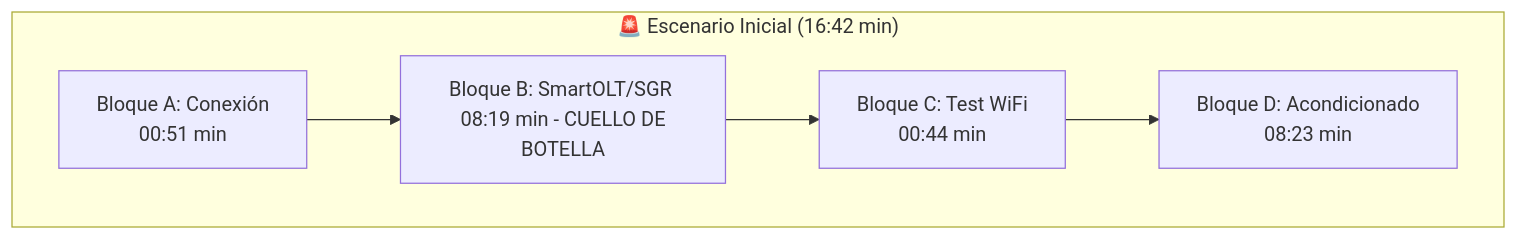
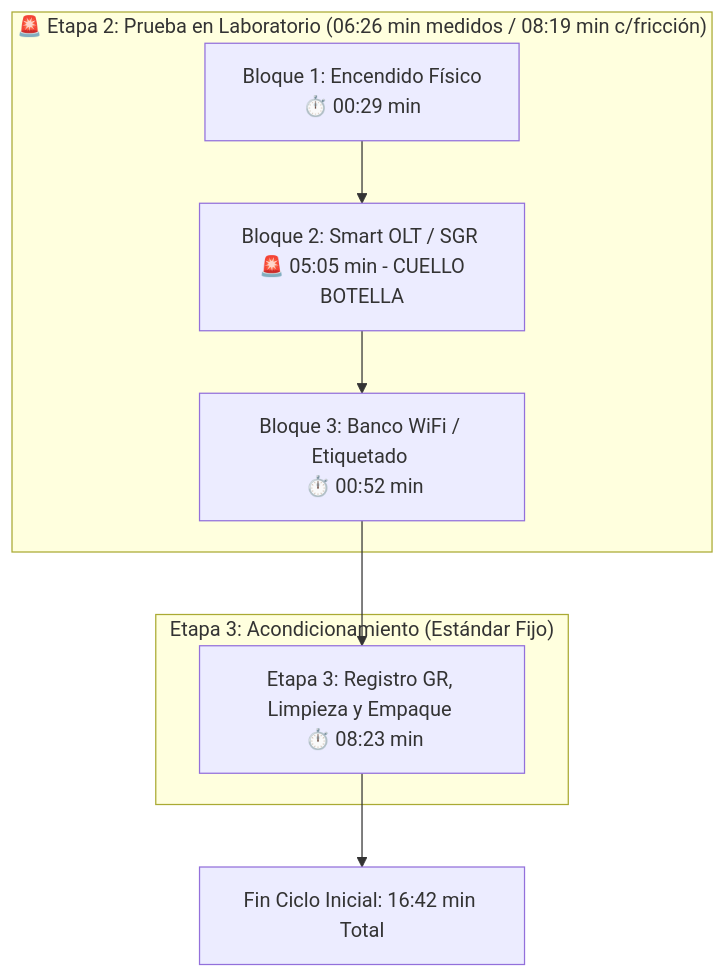
Before and after one commit to elingenierok/procedimientos-isp: the first of 2 diagrams in docs/diagnosticos/DG-EQU-001.md, drawn with Mermaid. The commit also changed other lines of this file, not shown here.

````diff
--- a/docs/diagnosticos/DG-EQU-001.md
+++ b/docs/diagnosticos/DG-EQU-001.md
@@ -44,8 +60,13 @@
 ```mermaid
 graph TD
-    subgraph ANTES ["🚨 Escenario Inicial (16:42 min)"]
-        A1[Bloque A: Conexión <br/> 00:51 min] --> A2[Bloque B: SmartOLT/SGR <br/> 08:19 min - CUELLO DE BOTELLA]
-        A2 --> A3[Bloque C: Test WiFi <br/> 00:44 min]
-        A3 --> A4[Bloque D: Acondicionado <br/> 08:23 min]
+    subgraph ETAPA_2 ["🚨 Etapa 2: Prueba en Laboratorio (06:26 min medidos / 08:19 min c/fricción)"]
+        A1[Bloque 1: Encendido Físico <br/> ⏱️ 00:29 min] --> A2[Bloque 2: Smart OLT / SGR <br/> 🚨 05:05 min - CUELLO BOTELLA]
+        A2 --> A3[Bloque 3: Banco WiFi / Etiquetado <br/> ⏱️ 00:52 min]
     end
+
+    subgraph ETAPA_3 ["Etapa 3: Acondicionamiento (Estándar Fijo)"]
+        A3 --> A4[Etapa 3: Registro GR, Limpieza y Empaque <br/> ⏱️ 08:23 min]
+    end
+
+    A4 --> A5[Fin Ciclo Inicial: 16:42 min Total]
 ```
````
